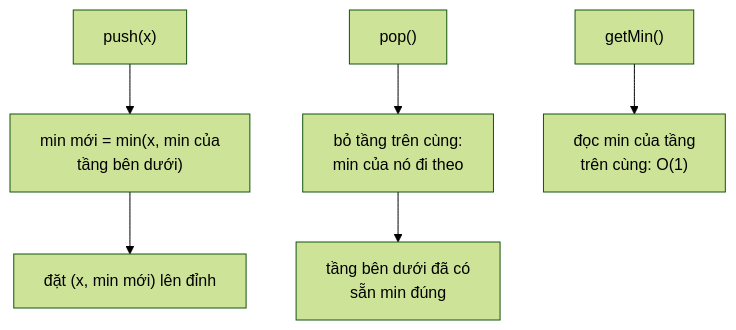
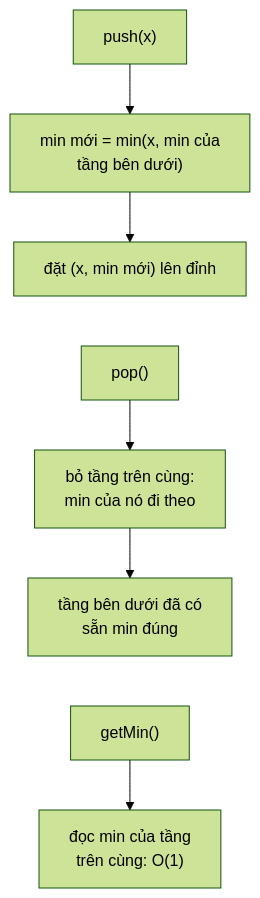
One commit to duongbui234/software-engineering-atlas changed the diagram in content/problems/min-stack.md. Above: the diagram before and after it, drawn with Mermaid (forest theme). The commit also changed 134 other files, not shown here.

First line of the commit message:
Fit every Mermaid diagram at 390px without sideways scroll (#56)

````diff
--- a/content/problems/min-stack.md
+++ b/content/problems/min-stack.md
@@ -46,8 +46,10 @@
 ```mermaid
 flowchart TB
   A["push(x)"] --> B["min mới = min(x, min của<br/>tầng bên dưới)"]
   B --> C["đặt (x, min mới) lên đỉnh"]
   D["pop()"] --> E["bỏ tầng trên cùng:<br/>min của nó đi theo"]
   E --> F["tầng bên dưới đã có<br/>sẵn min đúng"]
   G["getMin()"] --> H["đọc min của tầng<br/>trên cùng: O(1)"]
+  C ~~~ D
+  F ~~~ G
 ```
````
